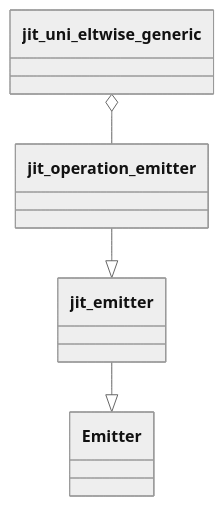
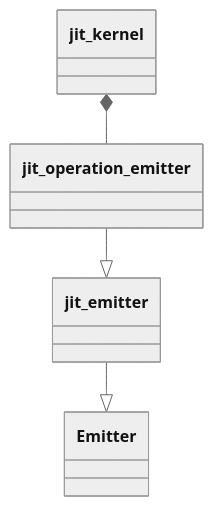
Before and after one commit to openvinotoolkit/openvino: the first of 2 diagrams in src/plugins/intel_cpu/src/emitters/README.md, drawn with Mermaid (neutral theme). The commit also changed other lines of this file, not shown here.

````diff
--- a/src/plugins/intel_cpu/src/emitters/README.md
+++ b/src/plugins/intel_cpu/src/emitters/README.md
@@ -36,6 +30,6 @@
 ```mermaid
 classDiagram
-jit_uni_eltwise_generic o-- jit_operation_emitter
+jit_kernel *-- jit_operation_emitter
 jit_operation_emitter --|> jit_emitter
 jit_emitter --|> Emitter
 ```
````
